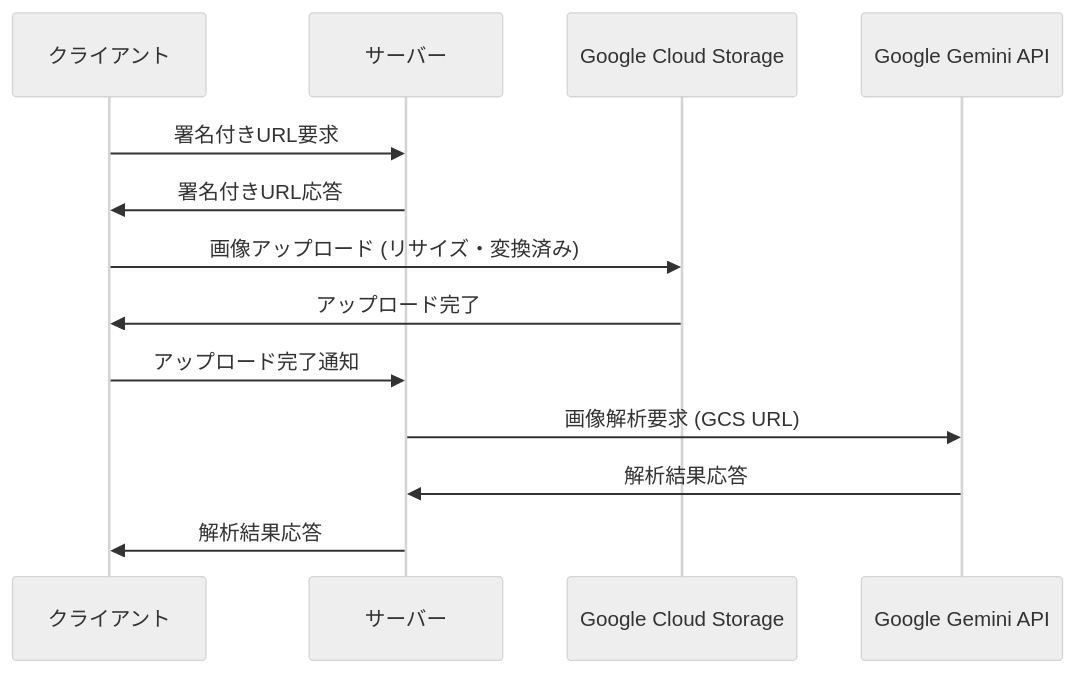
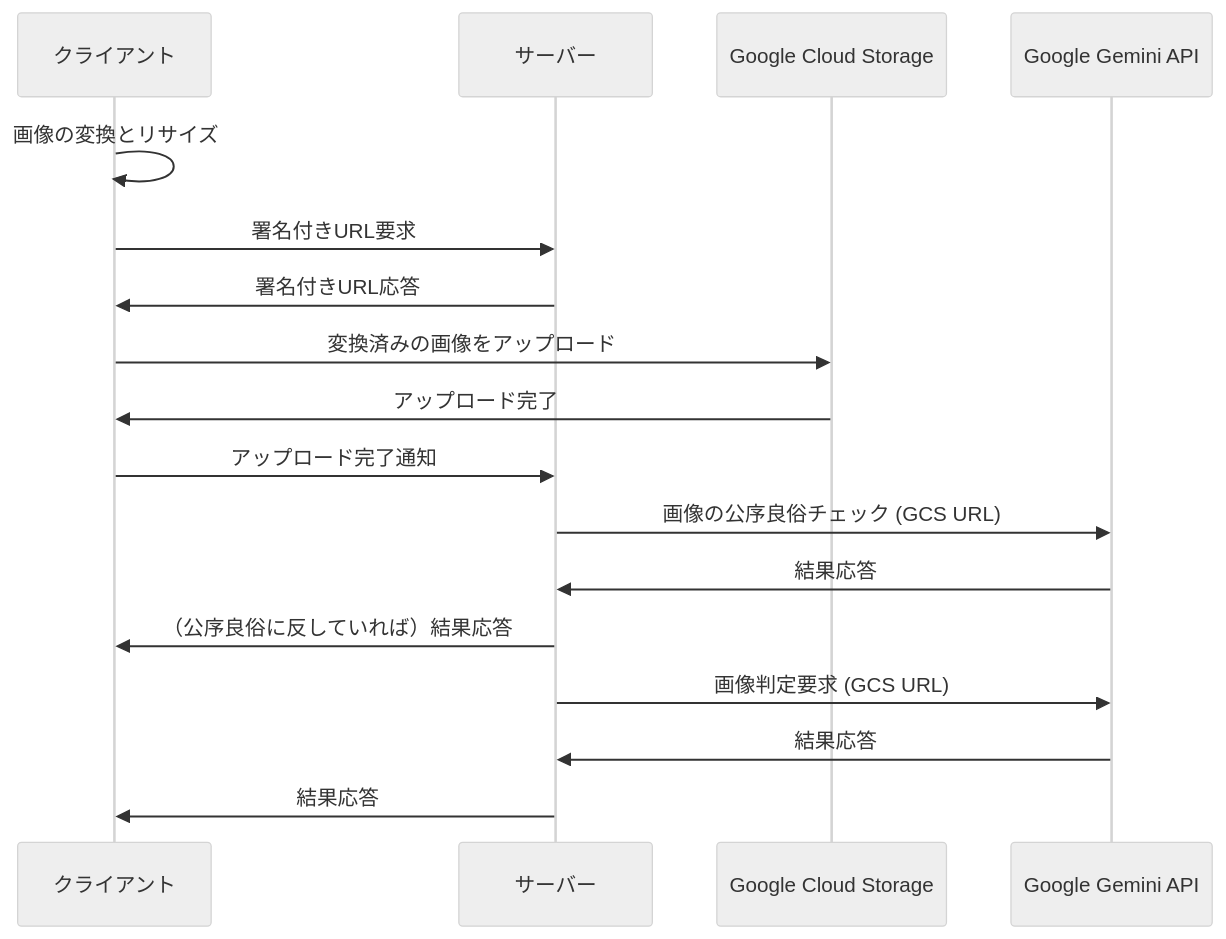
One commit to shin-sforzando/pingo changed the second of 2 diagrams in cline_docs/TechnicalSpecification.md. Above: the diagram before and after it, drawn with Mermaid (neutral theme). The commit also changed other lines of this file and 14 other files, not shown here.

````diff
--- a/cline_docs/TechnicalSpecification.md
+++ b/cline_docs/TechnicalSpecification.md
@@ -253,18 +256,20 @@
 ```mermaid
 sequenceDiagram
     participant Client as クライアント
     participant Server as サーバー
     participant GCS as Google Cloud Storage
     participant Gemini as Google Gemini API
 
+    Client->>Client: 画像の変換とリサイズ
     Client->>Server: 署名付きURL要求
     Server->>Client: 署名付きURL応答
-    
-    Client->>GCS: 画像アップロード (リサイズ・変換済み)
+    Client->>GCS: 変換済みの画像をアップロード
     GCS->>Client: アップロード完了
-    
     Client->>Server: アップロード完了通知
-    Server->>Gemini: 画像解析要求 (GCS URL)
-    Gemini->>Server: 解析結果応答
-    Server->>Client: 解析結果応答
+    Server->>Gemini: 画像の公序良俗チェック (GCS URL)
+    Gemini->>Server: 結果応答
+    Server->>Client: （公序良俗に反していれば）結果応答
+    Server->>Gemini: 画像判定要求 (GCS URL)
+    Gemini->>Server: 結果応答
+    Server->>Client: 結果応答
 ```
````
